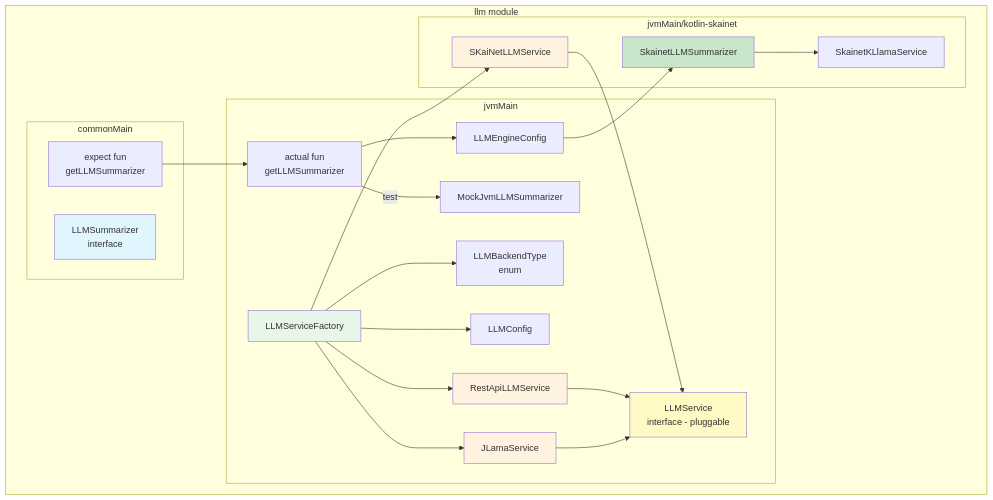
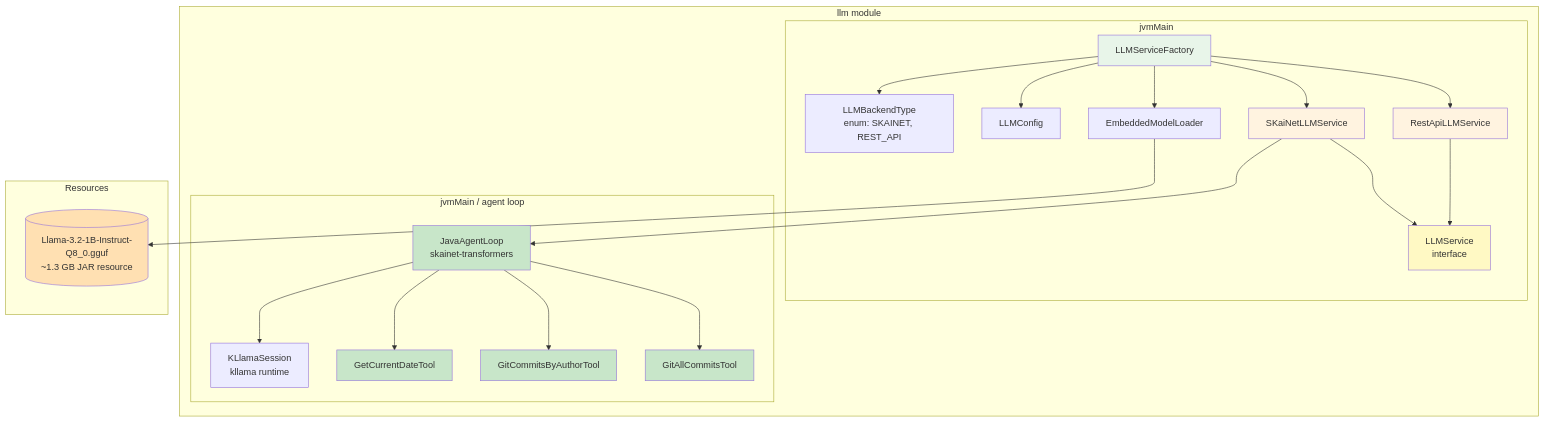
One commit to michalharakal/Daily-StandAPP changed the second of 7 diagrams in docs/modules/architecture/pages/05-building-block-view.adoc. Above: the diagram before and after it, drawn with Mermaid. The commit also changed other lines of this file and 18 other files, not shown here.

```diff
--- a/docs/modules/architecture/pages/05-building-block-view.adoc
+++ b/docs/modules/architecture/pages/05-building-block-view.adoc
@@ -109,52 +114,51 @@
 [mermaid]
 ----
 graph TB
     subgraph "llm module"
-        subgraph "commonMain"
-            IFACE[LLMSummarizer<br/>interface]
-            EXPECT[expect fun<br/>getLLMSummarizer]
+        subgraph "jvmMain"
+            FACTORY[LLMServiceFactory]
+            BACKEND[LLMBackendType<br/>enum: SKAINET, REST_API]
+            LCONFIG[LLMConfig]
+            SERVICE[LLMService<br/>interface]
+            REST[RestApiLLMService]
+            SKLLM[SKaiNetLLMService]
+            EML[EmbeddedModelLoader]
         end
 
-        subgraph "jvmMain"
-            ACTUAL[actual fun<br/>getLLMSummarizer]
-            FACTORY[LLMServiceFactory]
-            BACKEND[LLMBackendType<br/>enum]
-            LCONFIG[LLMConfig]
-            CONFIG[LLMEngineConfig]
-            MOCK[MockJvmLLMSummarizer]
-            SERVICE[LLMService<br/>interface - pluggable]
-            REST[RestApiLLMService]
-            JLAMA[JLamaService]
-        end
-
-        subgraph "jvmMain/kotlin-skainet"
-            SKAINET[SkainetKLlamaService]
-            SKSUM[SkainetLLMSummarizer]
-            SKLLM[SKaiNetLLMService]
+        subgraph "jvmMain / agent loop"
+            AGENT[JavaAgentLoop<br/>skainet-transformers]
+            SESS[KLlamaSession<br/>kllama runtime]
+            T1[GetCurrentDateTool]
+            T2[GitCommitsByAuthorTool]
+            T3[GitAllCommitsTool]
         end
     end
 
-    EXPECT --> ACTUAL
-    ACTUAL --> CONFIG
-    CONFIG --> SKSUM
-    ACTUAL -->|"test"| MOCK
+    subgraph "Resources"
+        GGUF[(Llama-3.2-1B-Instruct-Q8_0.gguf<br/>~1.3 GB JAR resource)]
+    end
 
-    SKSUM --> SKAINET
     FACTORY --> BACKEND
     FACTORY --> LCONFIG
     FACTORY --> SKLLM
     FACTORY --> REST
-    FACTORY --> JLAMA
-
+    FACTORY --> EML
+    EML --> GGUF
     SKLLM --> SERVICE
     REST --> SERVICE
-    JLAMA --> SERVICE
+    SKLLM --> AGENT
+    AGENT --> SESS
+    AGENT --> T1
+    AGENT --> T2
+    AGENT --> T3
 
-    style IFACE fill:#e1f5fe
     style SERVICE fill:#fff9c4
     style FACTORY fill:#e8f5e9
     style SKLLM fill:#fff3e0
     style REST fill:#fff3e0
-    style JLAMA fill:#fff3e0
-    style SKSUM fill:#c8e6c9
+    style AGENT fill:#c8e6c9
+    style T1 fill:#c8e6c9
+    style T2 fill:#c8e6c9
+    style T3 fill:#c8e6c9
+    style GGUF fill:#ffe0b2
 ----
```
